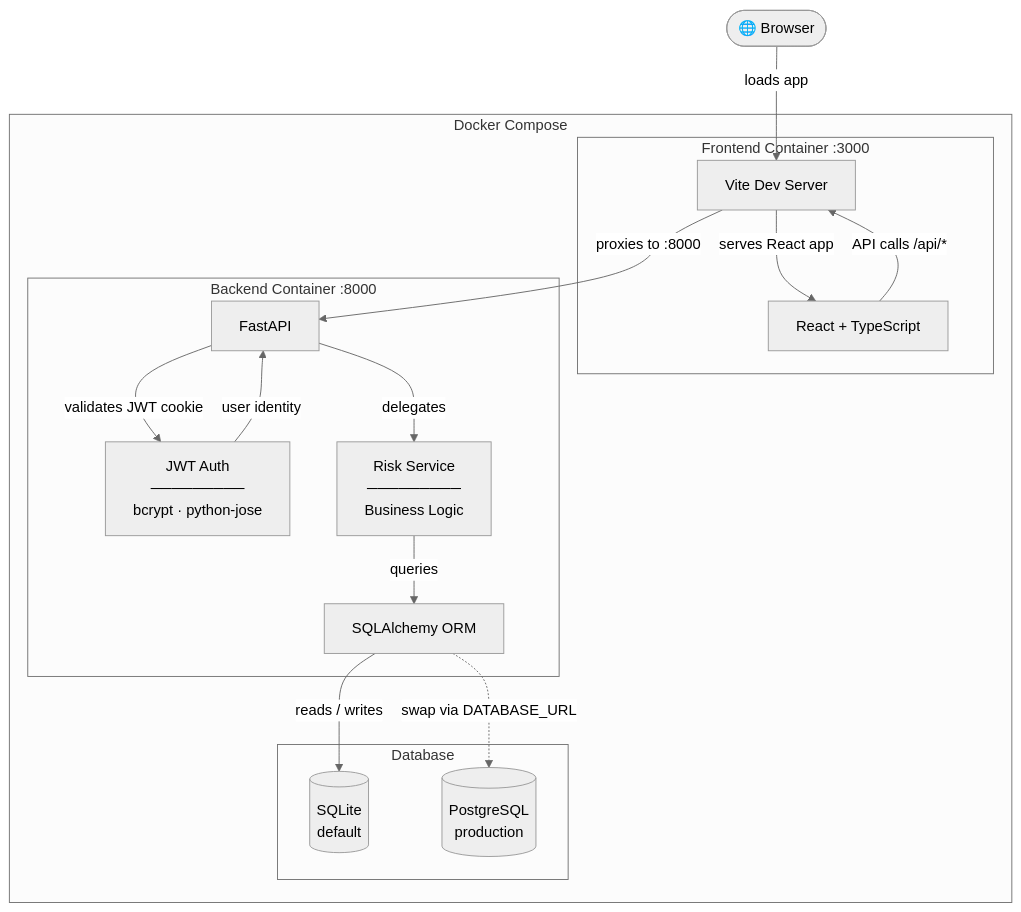
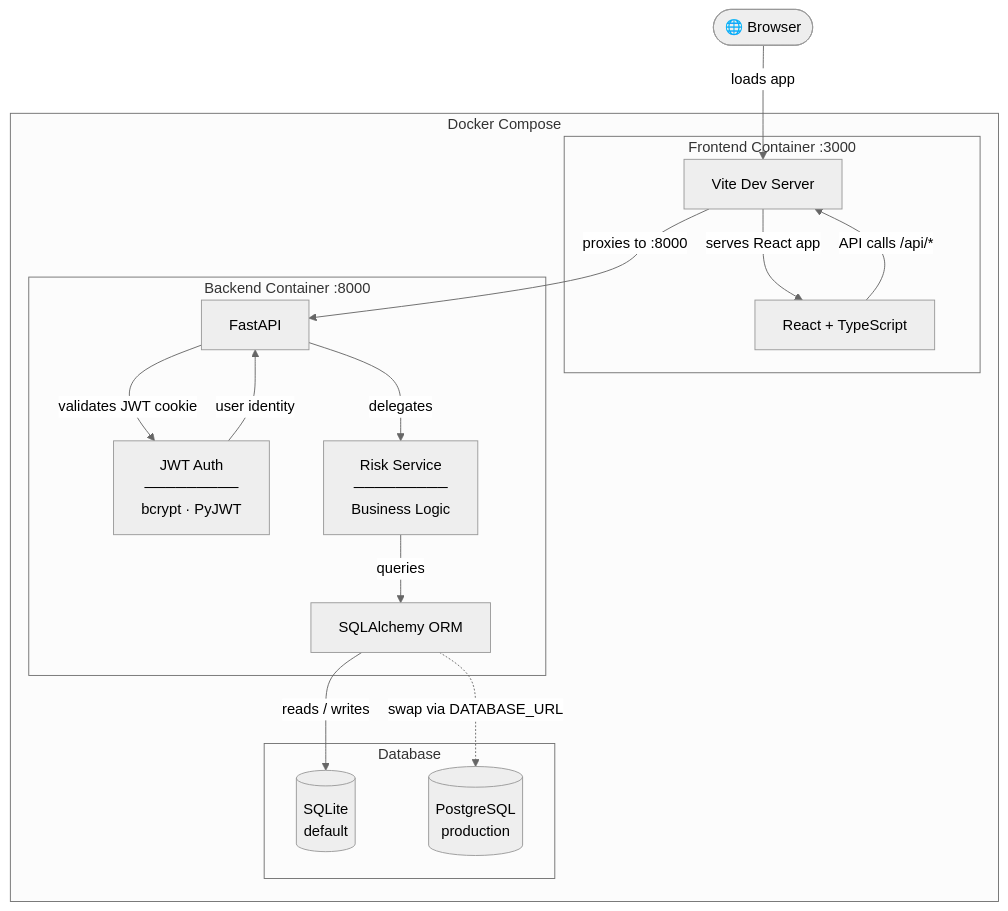
One commit to smoore0927/Firewatch changed the diagram in README.md. Above: the diagram before and after it, drawn with Mermaid (neutral theme). The commit also changed other lines of this file and 11 other files, not shown here.

````diff
--- a/README.md
+++ b/README.md
@@ -18,34 +18,34 @@
 ```mermaid
 graph TD
     Browser([🌐 Browser])
 
     subgraph Docker Compose
         subgraph fe[" Frontend Container  :3000 "]
             Vite["Vite Dev Server"]
             React["React + TypeScript"]
         end
 
         subgraph be[" Backend Container  :8000 "]
             FastAPI["FastAPI"]
-            Auth["JWT Auth\n─────────\nbcrypt · python-jose"]
+            Auth["JWT Auth\n─────────\nbcrypt · PyJWT"]
             Logic["Risk Service\n─────────\nBusiness Logic"]
             ORM["SQLAlchemy ORM"]
         end
 
         subgraph db[" Database "]
             SQLite[("SQLite\ndefault")]
             PG[("PostgreSQL\nproduction")]
         end
     end
 
     Browser -->|"loads app"| Vite
     Vite -->|"serves React app"| React
     React -->|"API calls /api/*"| Vite
     Vite -->|"proxies to :8000"| FastAPI
     FastAPI -->|"validates JWT cookie"| Auth
     Auth -->|"user identity"| FastAPI
     FastAPI -->|"delegates"| Logic
     Logic -->|"queries"| ORM
     ORM -->|"reads / writes"| SQLite
     ORM -.->|"swap via DATABASE_URL"| PG
 ```
````
